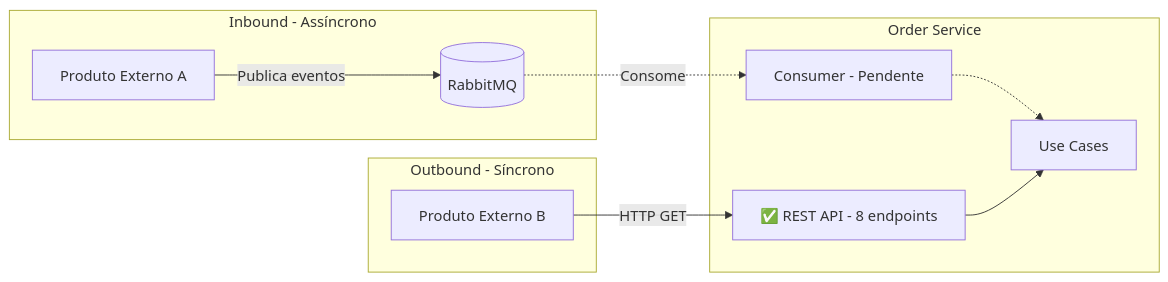
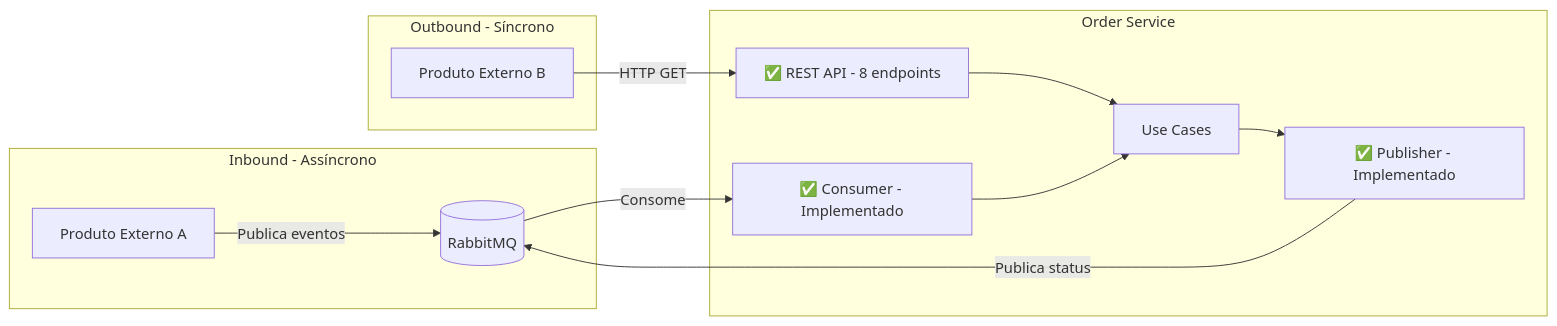
The first of 10 diagrams in docs/integracao.md (camilalimagodin/ms-manager-order-service), drawn with Mermaid before and after one commit. The commit also changed other lines of this file and 44 other files, not shown here.

````diff
--- a/docs/integracao.md
+++ b/docs/integracao.md
@@ -7,23 +7,26 @@
 ```mermaid
 flowchart LR
     subgraph "Inbound - Assíncrono"
         A[Produto Externo A]
         RMQ[(RabbitMQ)]
     end
     
     subgraph "Order Service"
-        C[Consumer - Pendente]
+        C[✅ Consumer - Implementado]
+        P[✅ Publisher - Implementado]
         UC[Use Cases]
         API[✅ REST API - 8 endpoints]
     end
     
     subgraph "Outbound - Síncrono"
         B[Produto Externo B]
     end
     
     A -->|Publica eventos| RMQ
-    RMQ -.->|Consome| C
-    C -.-> UC
+    RMQ -->|Consome| C
+    C --> UC
+    UC --> P
+    P -->|Publica status| RMQ
     B -->|HTTP GET| API
     API --> UC
 ```
````
